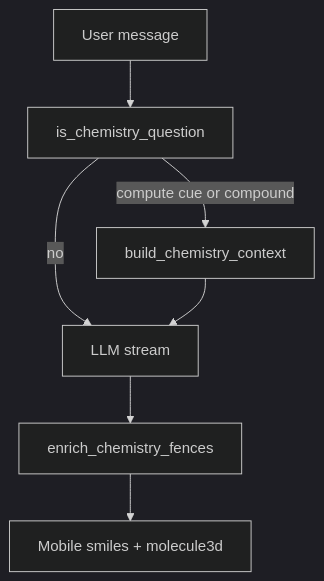
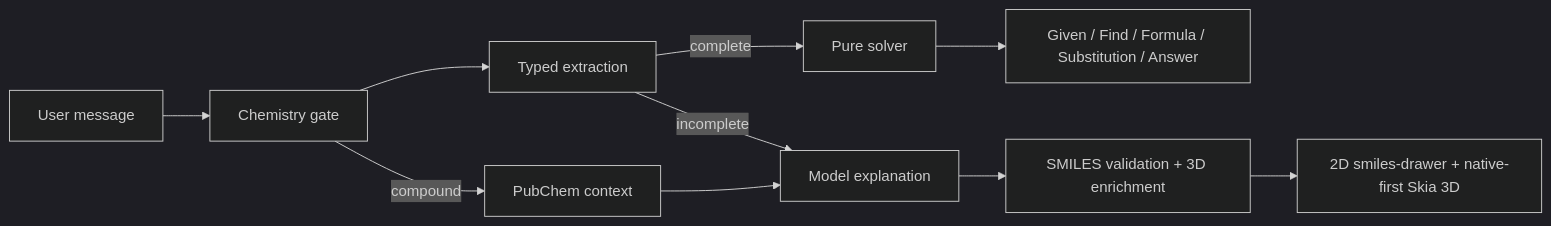
The diagram in docs/chemistry.md (bennnnnn/recall), drawn with Mermaid (dark theme) before and after one commit. The commit also changed other lines of this file and 25 other files, not shown here.

````diff
--- a/docs/chemistry.md
+++ b/docs/chemistry.md
@@ -25,15 +26,12 @@
 ```mermaid
-flowchart TD
-  userMsg[User message]
-  gate[is_chemistry_question]
-  build[build_chemistry_context]
-  llm[LLM stream]
-  enrich[enrich_chemistry_fences]
-  mobile[Mobile smiles + molecule3d]
-  userMsg --> gate
-  gate -->|"compute cue or compound"| build
-  gate -->|no| llm
-  build --> llm
-  llm --> enrich
-  enrich --> mobile
+flowchart LR
+  message[User message] --> gate[Chemistry gate]
+  gate --> extract[Typed extraction]
+  extract -->|complete| solve[Pure solver]
+  solve --> direct[Given / Find / Formula / Substitution / Answer]
+  extract -->|incomplete| model[Model explanation]
+  gate -->|compound| pubchem[PubChem context]
+  model --> enrich[SMILES validation + 3D enrichment]
+  pubchem --> model
+  enrich --> mobile[2D smiles-drawer + native-first Skia 3D]
 ```
````
